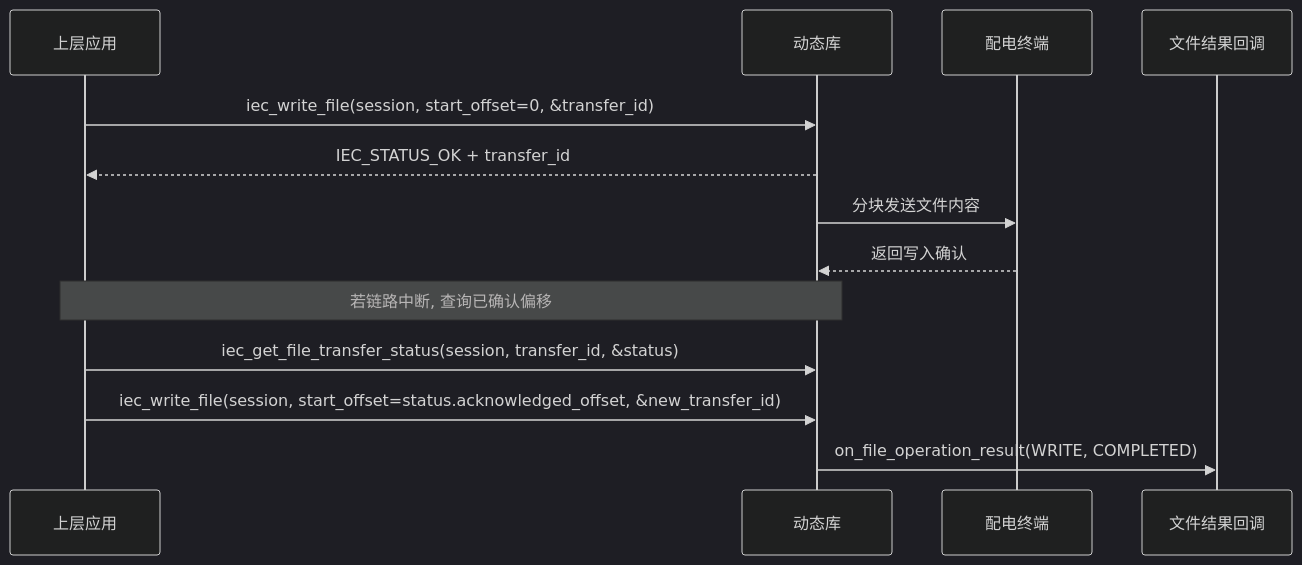
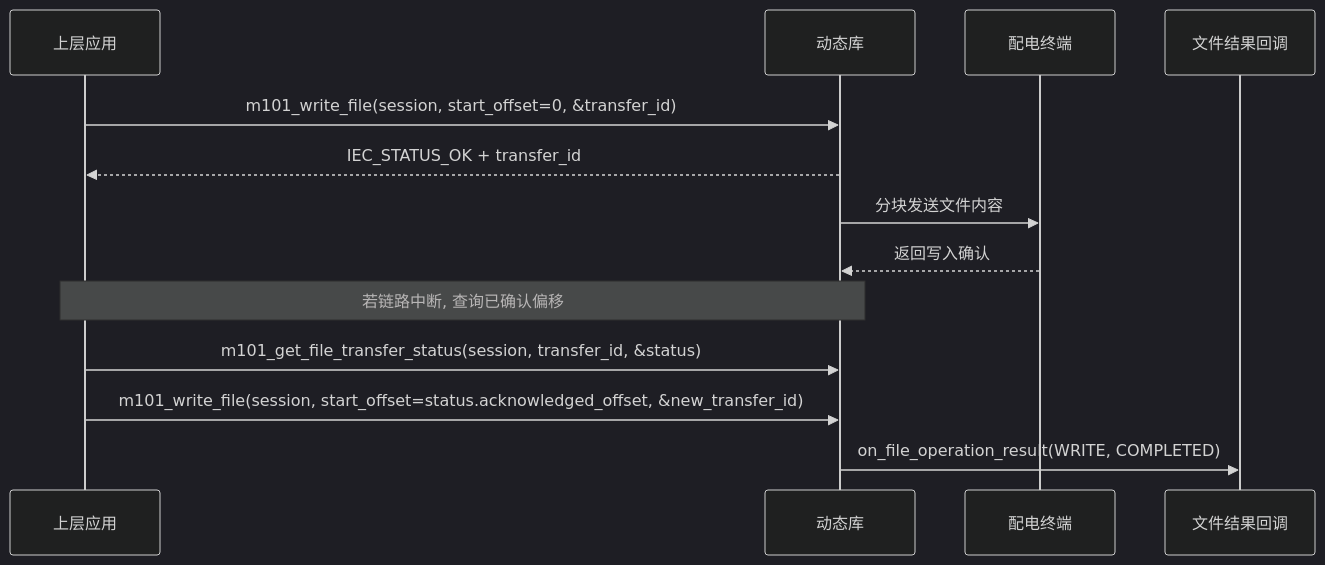
Diagram 12 of 12 in doc/api/dtu_unified_maintenance_sdk_api_design.md (CcooLcyy/gw-protocol-sdk), drawn with Mermaid (dark theme) before and after one commit. The commit also changed other lines of this file and 2 other files, not shown here.

````diff
--- a/doc/api/dtu_unified_maintenance_sdk_api_design.md
+++ b/doc/api/dtu_unified_maintenance_sdk_api_design.md
@@ -2141,16 +1984,16 @@
 ```mermaid
 sequenceDiagram
     participant 应用 as 上层应用
     participant 库 as 动态库
     participant 终端 as 配电终端
     participant 回调 as 文件结果回调
 
-    应用->>库: iec_write_file(session, start_offset=0, &transfer_id)
+    应用->>库: m101_write_file(session, start_offset=0, &transfer_id)
     库-->>应用: IEC_STATUS_OK + transfer_id
     库->>终端: 分块发送文件内容
     终端-->>库: 返回写入确认
     Note over 应用,库: 若链路中断, 查询已确认偏移
-    应用->>库: iec_get_file_transfer_status(session, transfer_id, &status)
-    应用->>库: iec_write_file(session, start_offset=status.acknowledged_offset, &new_transfer_id)
+    应用->>库: m101_get_file_transfer_status(session, transfer_id, &status)
+    应用->>库: m101_write_file(session, start_offset=status.acknowledged_offset, &new_transfer_id)
     库->>回调: on_file_operation_result(WRITE, COMPLETED)
 ```
````
